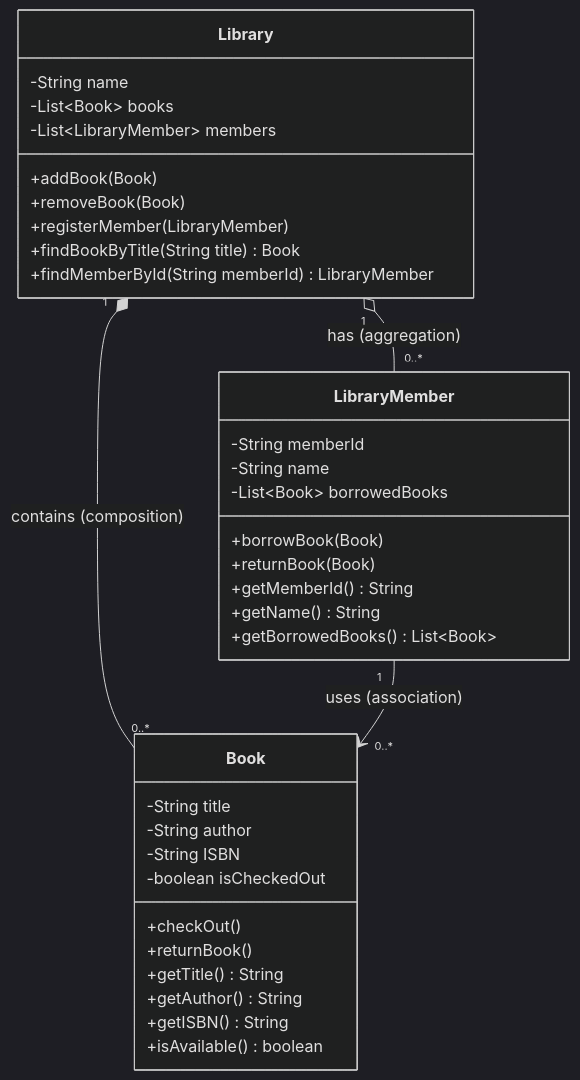
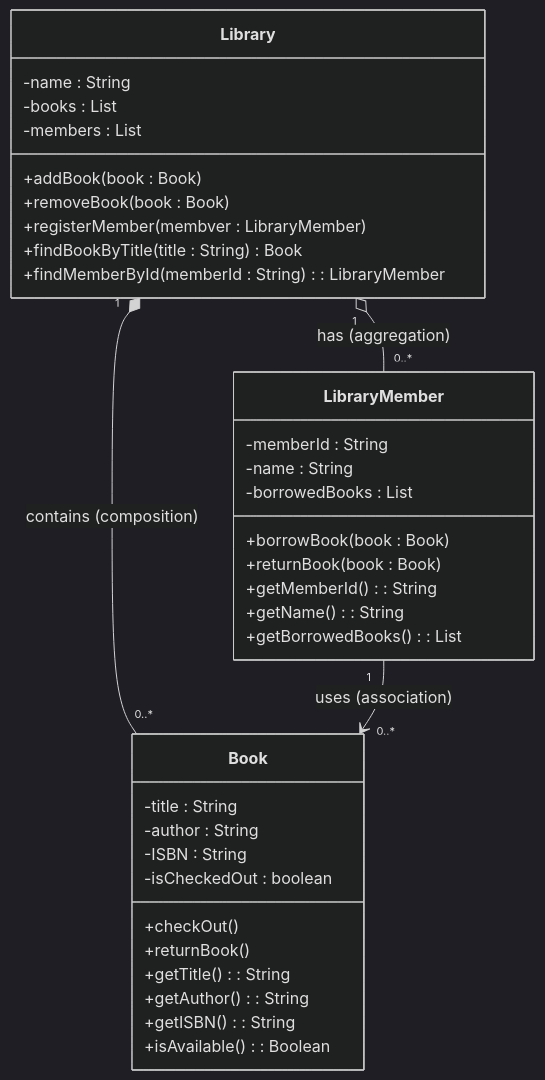
The diagram in LectureNotes/CS246LN-W04-D1-OopDesignReview+UML.md (ProfBird/CS246-CourseMaterials), drawn with Mermaid (dark theme) before and after one commit. The commit also changed 1 other file, not shown here.

Commit message:
Fixed the UML diagram

````diff
--- a/LectureNotes/CS246LN-W04-D1-OopDesignReview+UML.md
+++ b/LectureNotes/CS246LN-W04-D1-OopDesignReview+UML.md
@@ -104,42 +104,42 @@
 ```mermaid
 classDiagram
     class Book {
-        -String title
-        -String author
-        -String ISBN
-        -boolean isCheckedOut
+        -title : String
+        -author : String
+        -ISBN : String
+        -isCheckedOut : boolean
         +checkOut()
         +returnBook()
-        +getTitle() String
-        +getAuthor() String
-        +getISBN() String
-        +isAvailable() boolean
+        +getTitle() : String
+        +getAuthor() : String
+        +getISBN() : String
+        +isAvailable() : Boolean
     }
 
     class LibraryMember {
-        -String memberId
-        -String name
-        -List~Book~ borrowedBooks
-        +borrowBook(Book)
-        +returnBook(Book)
-        +getMemberId() String
-        +getName() String
-        +getBorrowedBooks() List~Book~
+        -memberId : String
+        -name : String
+        -borrowedBooks : List<Book>
+        +borrowBook(book : Book)
+        +returnBook(book : Book)
+        +getMemberId() : String
+        +getName() : String
+        +getBorrowedBooks() : List<Book>
     }
 
     class Library {
-        -String name
-        -List~Book~ books
-        -List~LibraryMember~ members
-        +addBook(Book)
-        +removeBook(Book)
-        +registerMember(LibraryMember)
-        +findBookByTitle(String title) Book
-        +findMemberById(String memberId) LibraryMember
+        -name : String
+        -books : List<Book>
+        -members : List<LibraryMember>
+        +addBook(book : Book)
+        +removeBook(book : Book)
+        +registerMember(membver : LibraryMember)
+        +findBookByTitle(title : String) Book
+        +findMemberById(memberId : String) : LibraryMember
     }
 
     Library "1" *-- "0..*" Book : contains (composition)
     Library "1" o-- "0..*" LibraryMember : has (aggregation)
     LibraryMember "1" --> "0..*" Book : uses (association)
     
 ```
````
